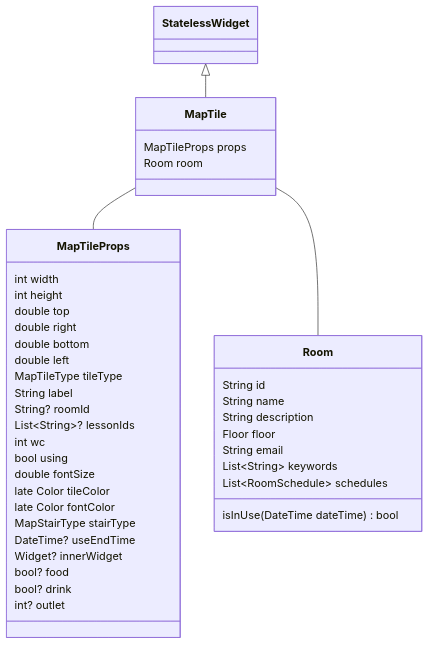
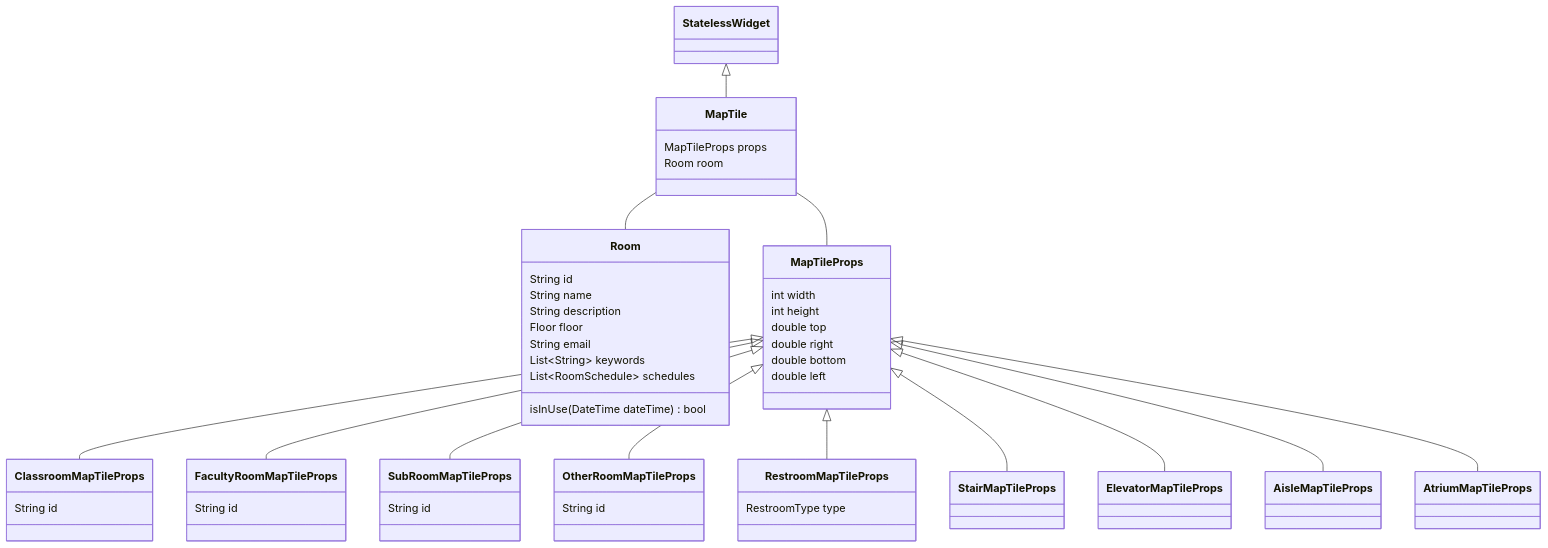
One commit to fun-dotto/dotto changed the diagram in lib/feature/map/README.md. Above: the diagram before and after it, drawn with Mermaid. The commit also changed other lines of this file, not shown here.

Commit message:
Update Map README

````diff
--- a/lib/feature/map/README.md
+++ b/lib/feature/map/README.md
@@ -5,48 +5,74 @@
 ```mermaid
 classDiagram
   StatelessWidget <|-- MapTile
+  MapTile -- Room
   MapTile -- MapTileProps
-  MapTile -- Room
+  MapTileProps <|-- ClassroomMapTileProps
+  MapTileProps <|-- FacultyRoomMapTileProps
+  MapTileProps <|-- SubRoomMapTileProps
+  MapTileProps <|-- OtherRoomMapTileProps
+  MapTileProps <|-- RestroomMapTileProps
+  MapTileProps <|-- StairMapTileProps
+  MapTileProps <|-- ElevatorMapTileProps
+  MapTileProps <|-- AisleMapTileProps
+  MapTileProps <|-- AtriumMapTileProps
 
   class StatelessWidget
 
   class MapTile {
     MapTileProps props
     Room room
-  }
-
-  class MapTileProps {
-    int width
-    int height
-    double top
-    double right
-    double bottom
-    double left
-    MapTileType tileType
-    String label
-    String? roomId
-    List~String~? lessonIds
-    int wc
-    bool using
-    double fontSize
-    late Color tileColor
-    late Color fontColor
-    MapStairType stairType
-    DateTime? useEndTime
-    Widget? innerWidget
-    bool? food
-    bool? drink
-    int? outlet
   }
 
   class Room {
     String id
     String name
     String description
     Floor floor
     String email
     List~String~ keywords
     List~RoomSchedule~ schedules
     isInUse(DateTime dateTime) bool
   }
+
+  class MapTileProps {
+    int width
+    int height
+    double top
+    double right
+    double bottom
+    double left
+  }
+
+  class ClassroomMapTileProps {
+    String id
+  }
+
+  class FacultyRoomMapTileProps {
+    String id
+  }
+
+  class SubRoomMapTileProps {
+    String id
+  }
+
+  class OtherRoomMapTileProps {
+    String id
+  }
+
+  class RestroomMapTileProps {
+    RestroomType type
+  }
+
+  class StairMapTileProps {
+  }
+
+  class ElevatorMapTileProps {
+  }
+
+  class AisleMapTileProps {
+  }
+
+  class AtriumMapTileProps {
+  }
 ```
````
